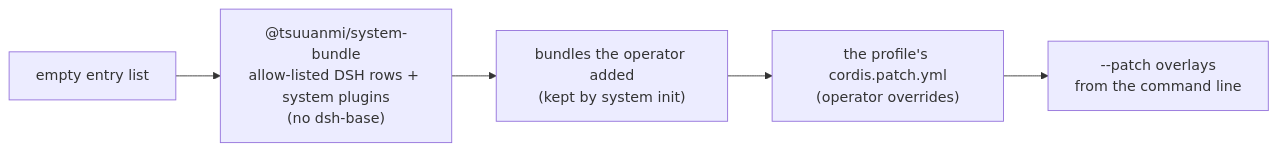
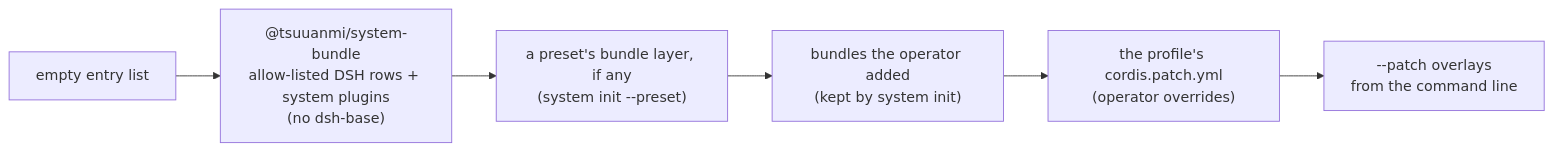
The diagram in docs/architecture/plugin-model.md (tsuuanmi/system), drawn with Mermaid before and after one commit. The commit also changed other lines of this file and 74 other files, not shown here.

````diff
--- a/docs/architecture/plugin-model.md
+++ b/docs/architecture/plugin-model.md
@@ -113,7 +114,8 @@
 ```mermaid
 flowchart LR
   e["empty entry list"] --> b["@tsuuanmi/system-bundle<br/>allow-listed DSH rows + system plugins<br/>(no dsh-base)"]
-  b --> o["bundles the operator added<br/>(kept by system init)"]
+  b --> r["a preset's bundle layer, if any<br/>(system init --preset)"]
+  r --> o["bundles the operator added<br/>(kept by system init)"]
   o --> p["the profile's cordis.patch.yml<br/>(operator overrides)"]
   p --> c["--patch overlays<br/>from the command line"]
 ```
````
